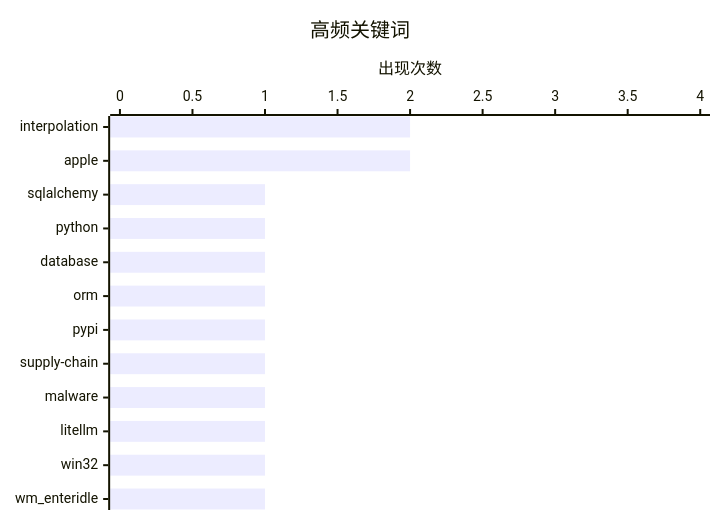
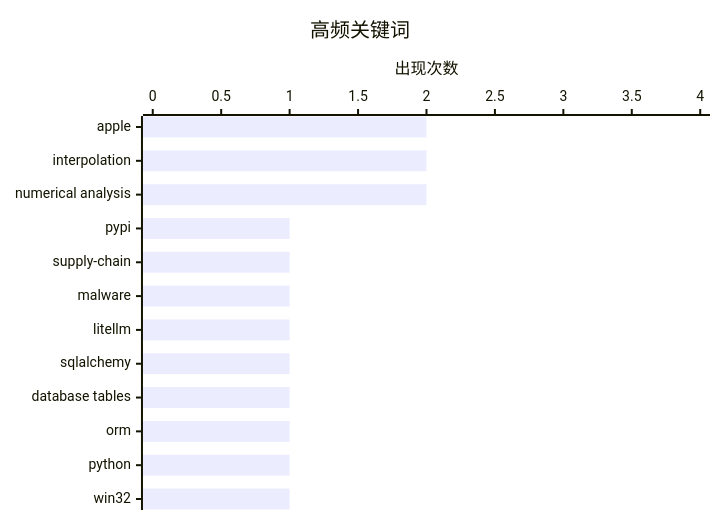
The second of 2 diagrams in content/ai-daily/2026-03-27.md (originem0/SZBlog), drawn with Mermaid before and after one commit. The commit also changed other lines of this file, not shown here.

````diff
--- a/content/ai-daily/2026-03-27.md
+++ b/content/ai-daily/2026-03-27.md
@@ -68,7 +67,7 @@
 ```mermaid
 xychart-beta horizontal
     title "高频关键词"
-    x-axis ["interpolation", "apple", "sqlalchemy", "python", "database", "orm", "pypi", "supply-chain", "malware", "litellm", "win32", "wm_enteridle"]
+    x-axis ["apple", "interpolation", "numerical analysis", "pypi", "supply-chain", "malware", "litellm", "sqlalchemy", "database tables", "orm", "python", "win32"]
     y-axis "出现次数" 0 --> 4
-    bar [2, 2, 1, 1, 1, 1, 1, 1, 1, 1, 1, 1]
+    bar [2, 2, 2, 1, 1, 1, 1, 1, 1, 1, 1, 1]
 ```
````
